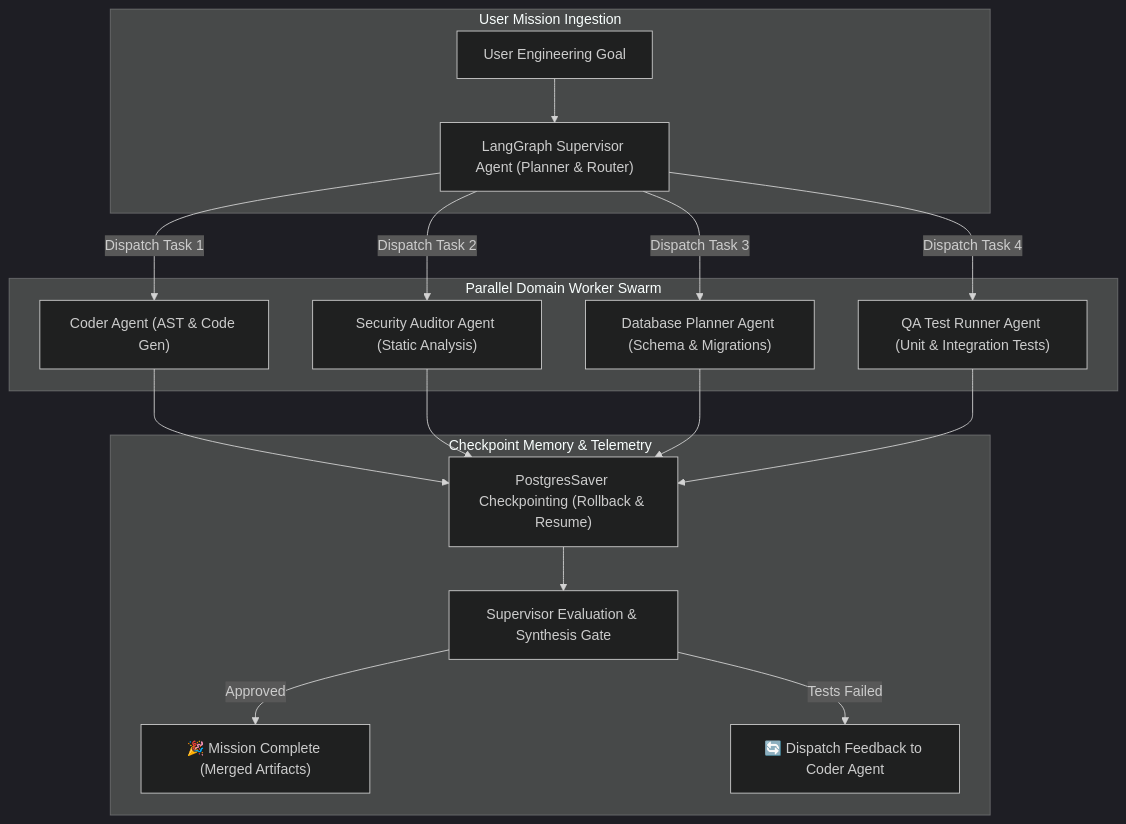
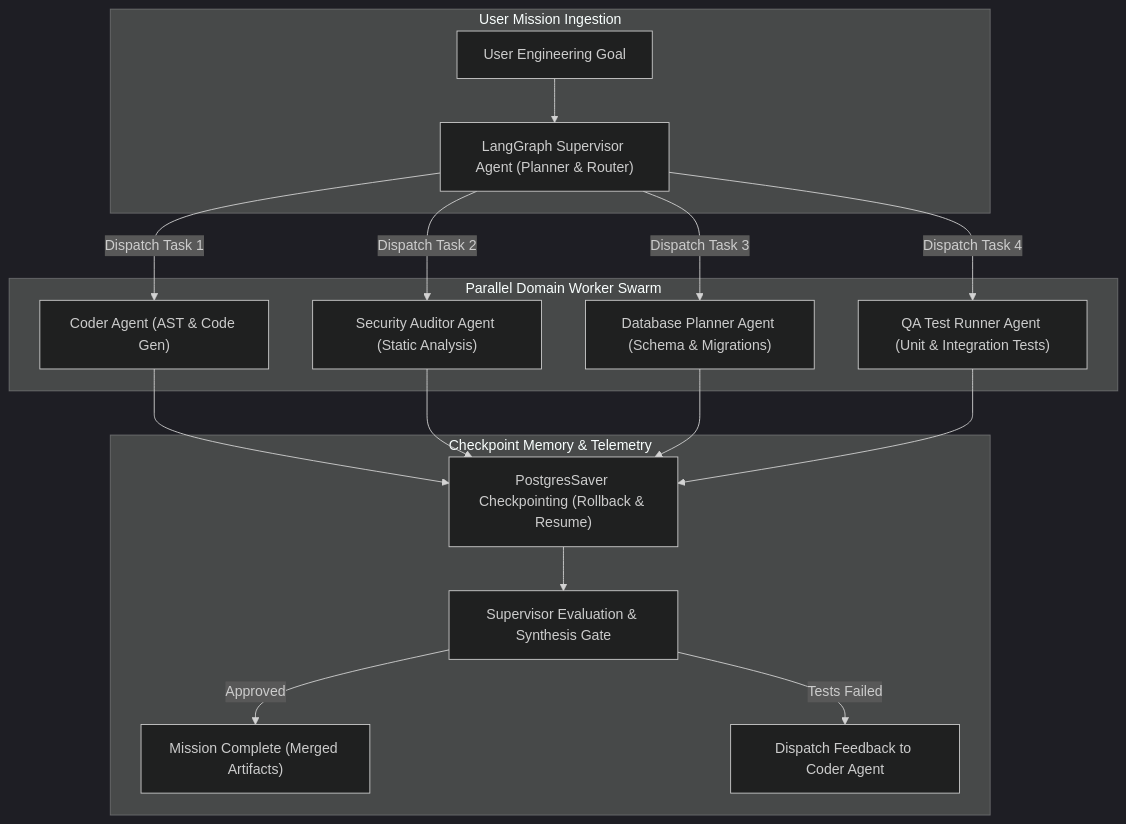
One commit to akmalkhaniub/akmalkhaniub.github.io changed the diagram in blog/posts/designing-agent-fleet-orchestrator-langgraph-supervisor-worker.md. Above: the diagram before and after it, drawn with Mermaid (dark theme). The commit also changed 411 other files, not shown here.

````diff
--- a/blog/posts/designing-agent-fleet-orchestrator-langgraph-supervisor-worker.md
+++ b/blog/posts/designing-agent-fleet-orchestrator-langgraph-supervisor-worker.md
@@ -19,20 +19,20 @@
 ```mermaid
-graph TD
+flowchart TD
   subgraph SG1_UserMissionIngestion ["User Mission Ingestion"]
     User[User Engineering Goal] --> Supervisor["LangGraph Supervisor Agent (Planner & Router)"]
   end
   
   subgraph SG2_ParallelDomainWorker ["Parallel Domain Worker Swarm"]
     Supervisor -->|Dispatch Task 1| Coder["Coder Agent (AST & Code Gen)"]
     Supervisor -->|Dispatch Task 2| Security["Security Auditor Agent (Static Analysis)"]
     Supervisor -->|Dispatch Task 3| DB["Database Planner Agent (Schema & Migrations)"]
     Supervisor -->|Dispatch Task 4| QA["QA Test Runner Agent (Unit & Integration Tests)"]
   end
   
   subgraph SG3_CheckpointMemoryTelemetry ["Checkpoint Memory & Telemetry"]
     Coder & Security & DB & QA --> Checkpoint["PostgresSaver Checkpointing (Rollback & Resume)"]
     Checkpoint --> Evaluator["Supervisor Evaluation & Synthesis Gate"]
-    Evaluator -->|Approved| MissionSuccess["🎉 Mission Complete (Merged Artifacts)"]
-    Evaluator -->|Tests Failed| AutoHeal["🔄 Dispatch Feedback to Coder Agent"]
+    Evaluator -->|Approved| MissionSuccess[" Mission Complete (Merged Artifacts)"]
+    Evaluator -->|Tests Failed| AutoHeal[" Dispatch Feedback to Coder Agent"]
   end
 ```
````
